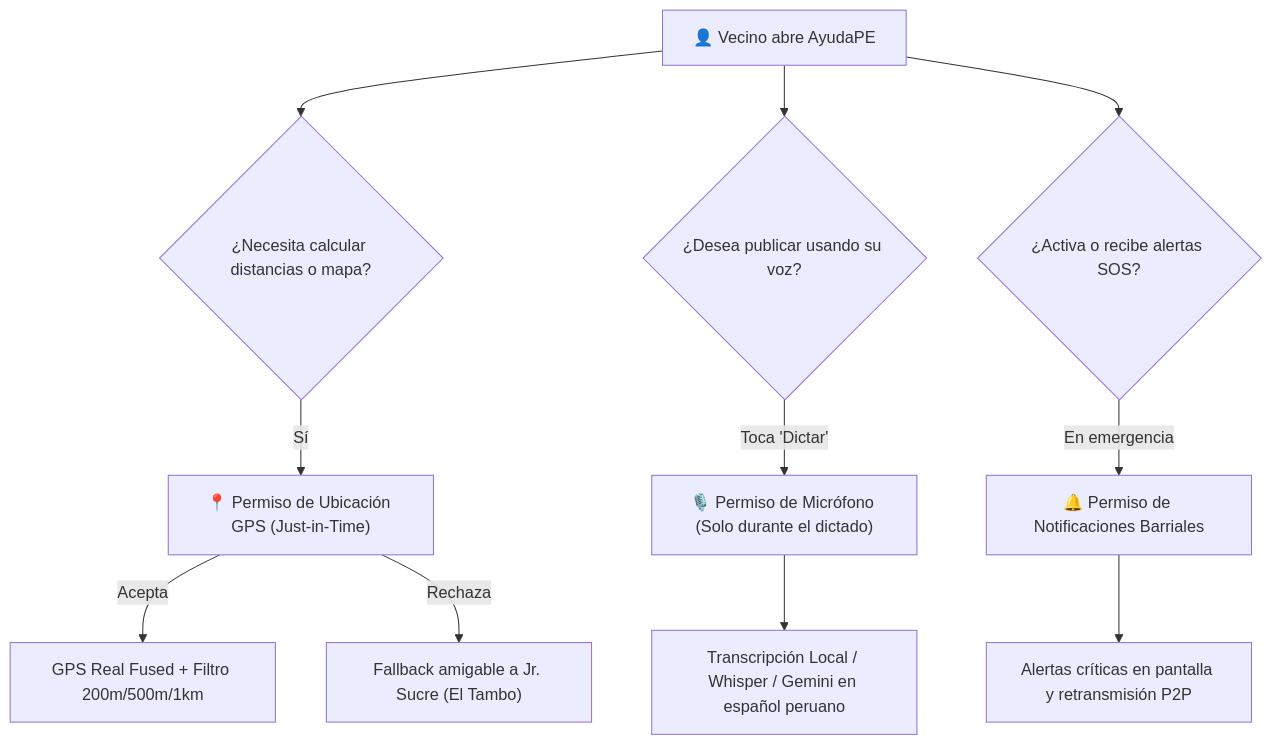
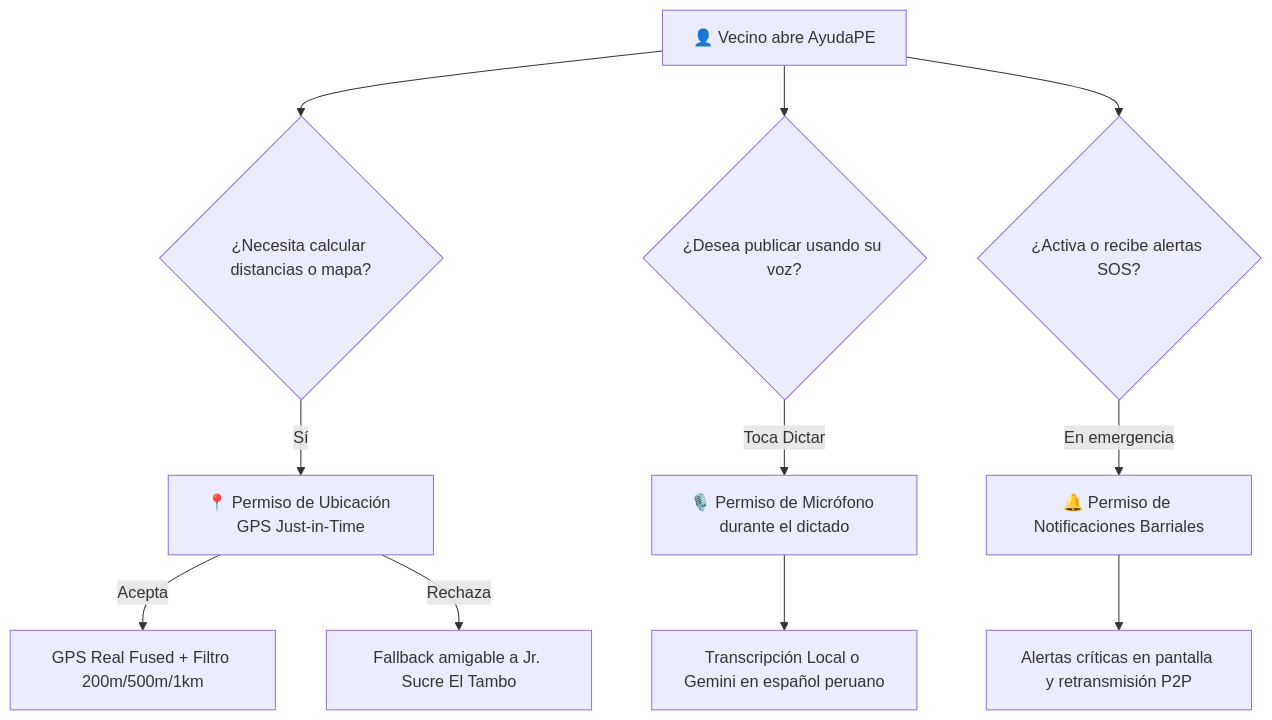
One commit to xthehugo/AyudaPE changed the first of 4 diagrams in MANUAL_DE_USUARIO_AYUDAPE.md. Above: the diagram before and after it, drawn with Mermaid. The commit also changed other lines of this file, not shown here.

Commit message:
fix(docs): corregir sintaxis de etiquetas Mermaid para renderizado en GitHub

````diff
--- a/MANUAL_DE_USUARIO_AYUDAPE.md
+++ b/MANUAL_DE_USUARIO_AYUDAPE.md
@@ -21,15 +21,15 @@
 ```mermaid
 flowchart TD
     A["👤 Vecino abre AyudaPE"] --> B{"¿Necesita calcular distancias o mapa?"}
-    B -->|Sí| C["📍 Permiso de Ubicación GPS (Just-in-Time)"]
+    B -->|Sí| C["📍 Permiso de Ubicación GPS Just-in-Time"]
     C -->|Acepta| D["GPS Real Fused + Filtro 200m/500m/1km"]
-    C -->|Rechaza| E["Fallback amigable a Jr. Sucre (El Tambo)"]
+    C -->|Rechaza| E["Fallback amigable a Jr. Sucre El Tambo"]
     
     A --> F{"¿Desea publicar usando su voz?"}
-    F -->|Toca 'Dictar'| G["🎙️ Permiso de Micrófono (Solo durante el dictado)"]
-    G --> H["Transcripción Local / Whisper / Gemini en español peruano"]
+    F -->|Toca Dictar| G["🎙️ Permiso de Micrófono durante el dictado"]
+    G --> H["Transcripción Local o Gemini en español peruano"]
     
     A --> I{"¿Activa o recibe alertas SOS?"}
     I -->|En emergencia| J["🔔 Permiso de Notificaciones Barriales"]
     J --> K["Alertas críticas en pantalla y retransmisión P2P"]
 ```
````
